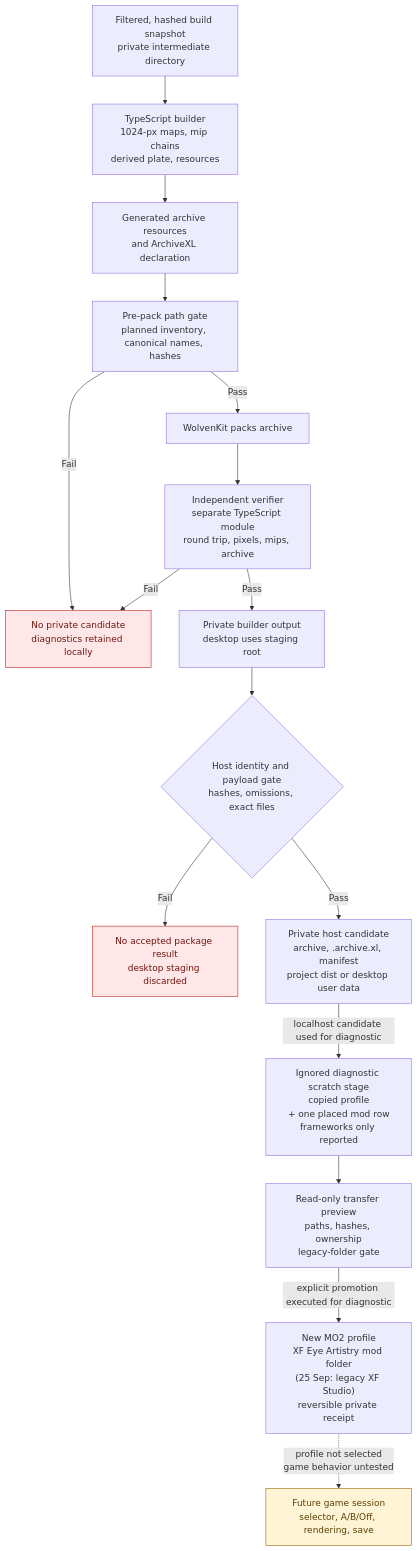
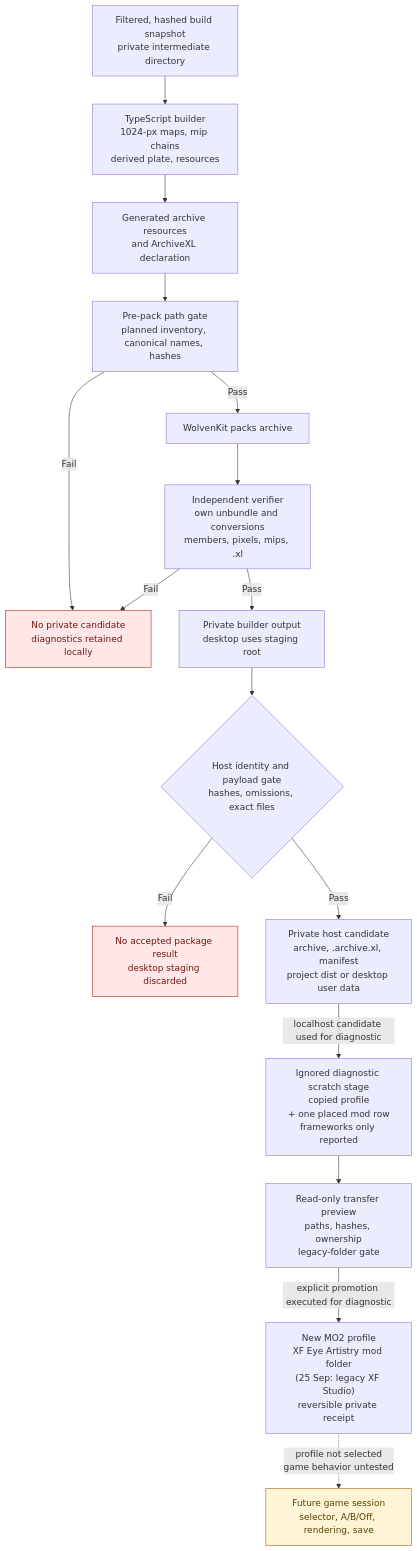
One commit to axefrog/xf-studio changed the second of 3 diagrams in research/authoring/studio-to-mod-pipeline.md. Above: the diagram before and after it, drawn with Mermaid. The commit also changed other lines of this file and 11 other files, not shown here.

First line of the commit message:
Make the independent verifier source its own evidence

````diff
--- a/research/authoring/studio-to-mod-pipeline.md
+++ b/research/authoring/studio-to-mod-pipeline.md
@@ -48,23 +48,23 @@
 ```mermaid
 flowchart TB
   snapshot["Filtered, hashed build snapshot<br/>private intermediate directory"] --> bake["TypeScript builder<br/>1024-px maps, mip chains<br/>derived plate, resources"]
   bake --> resources["Generated archive resources<br/>and ArchiveXL declaration"]
   resources --> gate["Pre-pack path gate<br/>planned inventory, canonical names, hashes"]
   gate -- Fail --> stop
   gate -- Pass --> pack["WolvenKit packs archive"]
-  pack --> verifier["Independent verifier<br/>separate TypeScript module<br/>round trip, pixels, mips, archive"]
+  pack --> verifier["Independent verifier<br/>own unbundle and conversions<br/>members, pixels, mips, .xl"]
   verifier -- Fail --> stop["No private candidate<br/>diagnostics retained locally"]
   verifier -- Pass --> dist["Private builder output<br/>desktop uses staging root"]
   dist --> resultGate{"Host identity and payload gate<br/>hashes, omissions, exact files"}
   resultGate -- Fail --> unaccepted["No accepted package result<br/>desktop staging discarded"]
   resultGate -- Pass --> candidate["Private host candidate<br/>archive, .archive.xl, manifest<br/>project dist or desktop user data"]
   candidate -- "localhost candidate used for diagnostic" --> scratch["Ignored diagnostic scratch stage<br/>copied profile<br/>+ one placed mod row<br/>frameworks only reported"]
   scratch --> preview["Read-only transfer preview<br/>paths, hashes, ownership<br/>legacy-folder gate"]
   preview -- "explicit promotion executed for diagnostic" --> mo2["New MO2 profile<br/>XF Eye Artistry mod folder<br/>(25 Sep: legacy XF Studio)<br/>reversible private receipt"]
   mo2 -. "profile not selected<br/>game behavior untested" .-> runtime["Future game session<br/>selector, A/B/Off, rendering, save"]
 
   classDef blocked fill:#ffe7e7,stroke:#b42318,color:#6e1611;
   classDef pending fill:#fff4d6,stroke:#946200,color:#594000;
   class stop,unaccepted blocked;
   class runtime pending;
 ```
````
